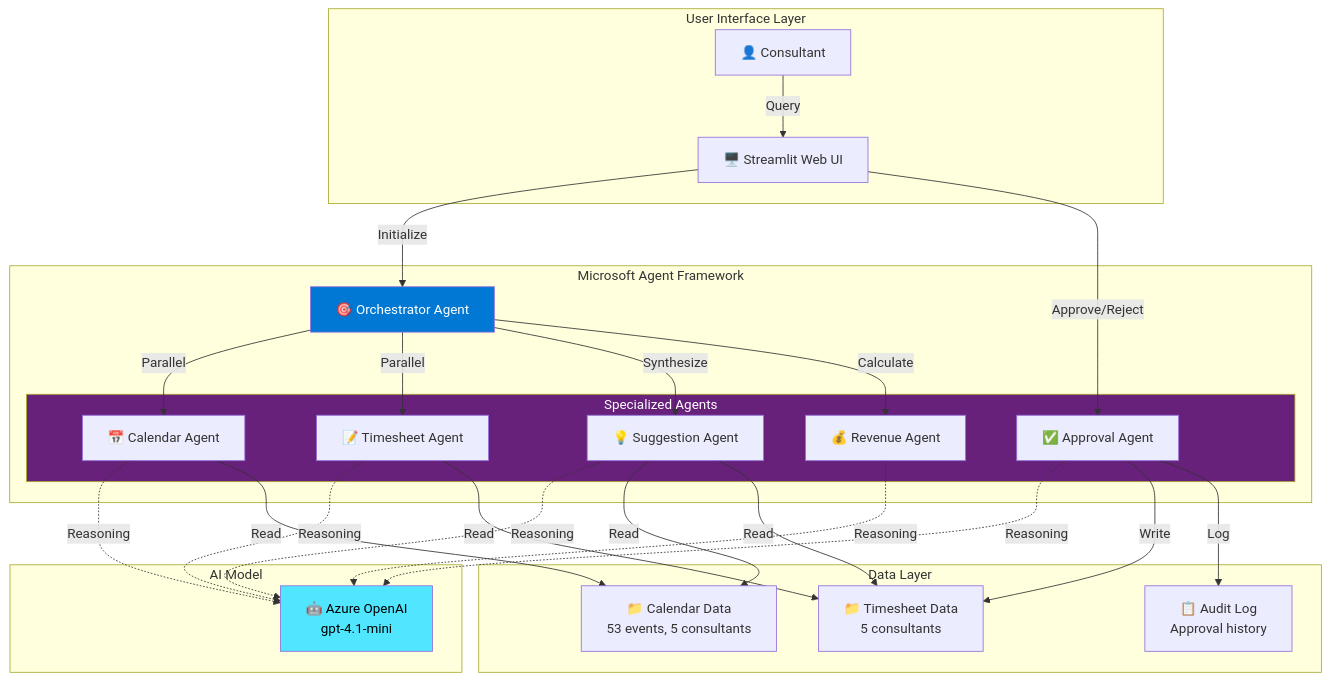
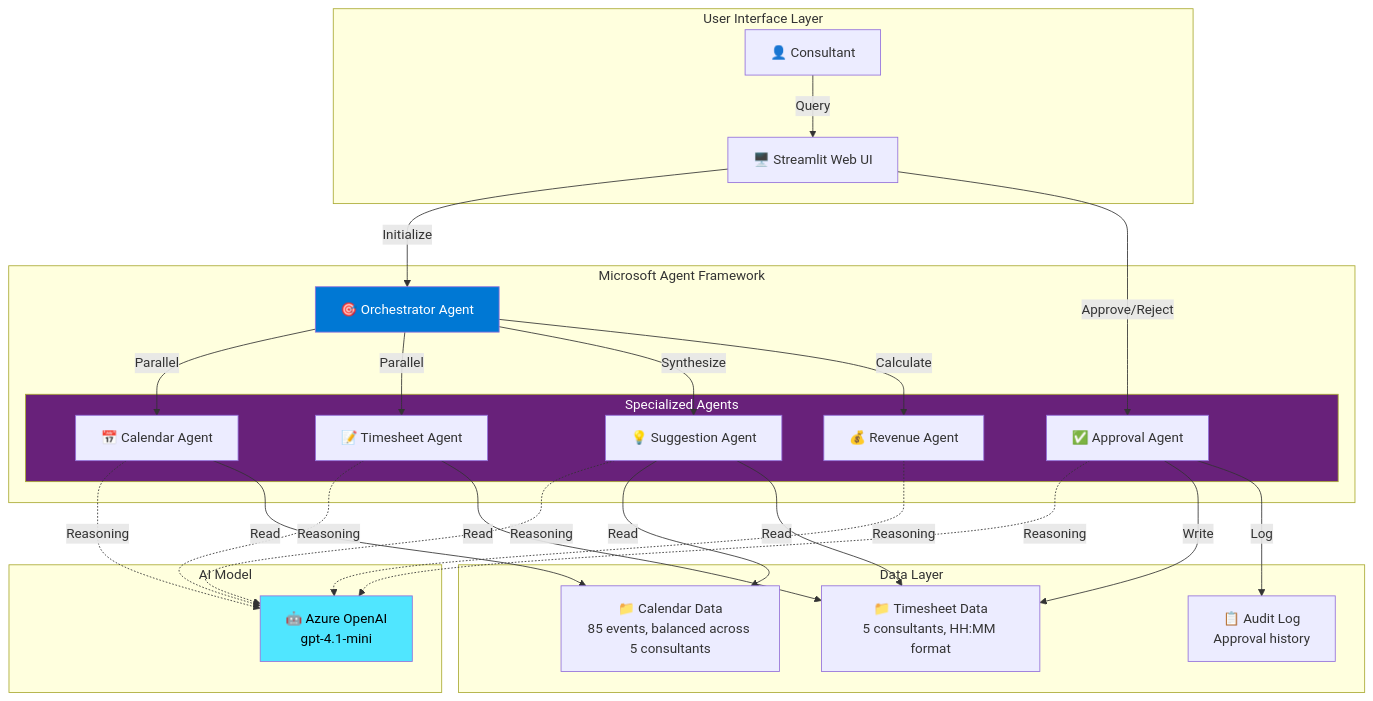
Before and after one commit to Arturo-Quiroga-MSFT/ttu-agentic-revolution-challenge: the diagram in README.md, drawn with Mermaid. The commit also changed other lines of this file and 12 other files, not shown here.

````diff
--- a/README.md
+++ b/README.md
@@ -226,54 +227,54 @@
 ```mermaid
 graph TB
     subgraph UI["User Interface Layer"]
         User["👤 Consultant"]
         WebUI["🖥️ Streamlit Web UI"]
     end
     
     subgraph Framework["Microsoft Agent Framework"]
         Orch["🎯 Orchestrator Agent"]
         
         subgraph Agents["Specialized Agents"]
             CalAgent["📅 Calendar Agent"]
             TimeAgent["📝 Timesheet Agent"]
             SugAgent["💡 Suggestion Agent"]
             AppAgent["✅ Approval Agent"]
             RevAgent["💰 Revenue Agent"]
         end
     end
     
     subgraph AI["AI Model"]
         GPT["🤖 Azure OpenAI<br/>gpt-4.1-mini"]
     end
     
     subgraph Data["Data Layer"]
-        CalData["📁 Calendar Data<br/>53 events, 5 consultants"]
-        TimeData["📁 Timesheet Data<br/>5 consultants"]
+        CalData["📁 Calendar Data<br/>85 events, balanced across 5 consultants"]
+        TimeData["📁 Timesheet Data<br/>5 consultants, HH:MM format"]
         AuditData["📋 Audit Log<br/>Approval history"]
     end
     
     User -->|Query| WebUI
     WebUI -->|Initialize| Orch
     Orch -->|Parallel| CalAgent
     Orch -->|Parallel| TimeAgent
     Orch -->|Synthesize| SugAgent
     Orch -->|Calculate| RevAgent
     WebUI -->|Approve/Reject| AppAgent
     
     CalAgent -.->|Reasoning| GPT
     TimeAgent -.->|Reasoning| GPT
     SugAgent -.->|Reasoning| GPT
     RevAgent -.->|Reasoning| GPT
     AppAgent -.->|Reasoning| GPT
     
     CalAgent -->|Read| CalData
     TimeAgent -->|Read| TimeData
     SugAgent -->|Read| CalData
     SugAgent -->|Read| TimeData
     AppAgent -->|Write| TimeData
     AppAgent -->|Log| AuditData
     
     style Orch fill:#0078d4,color:#fff
     style GPT fill:#50e6ff,color:#000
     style Agents fill:#68217a,color:#fff
 ```
````
